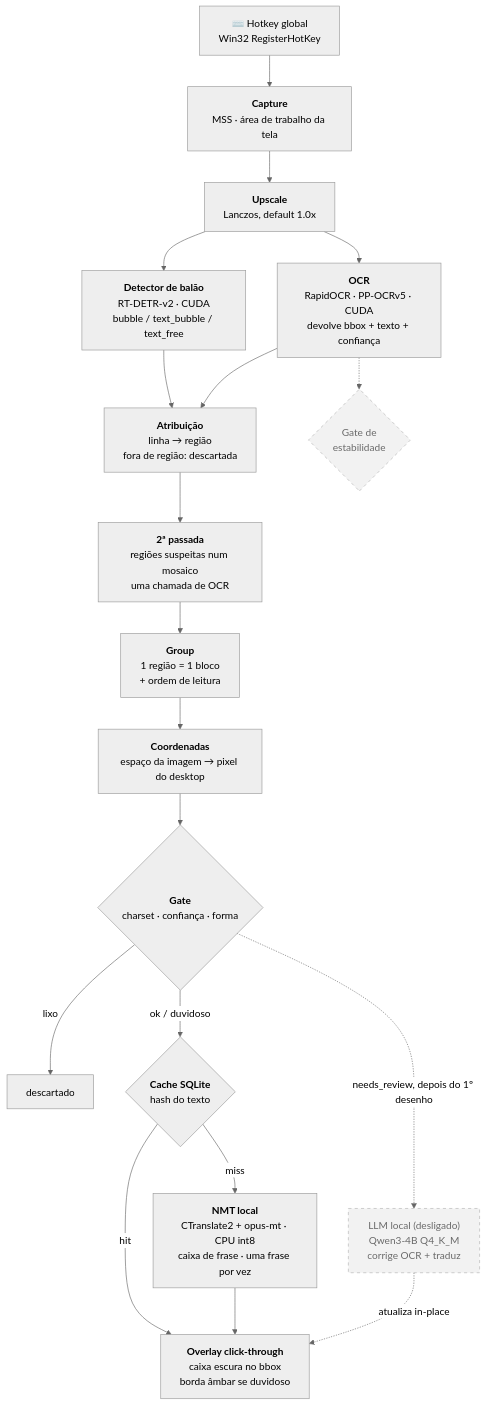
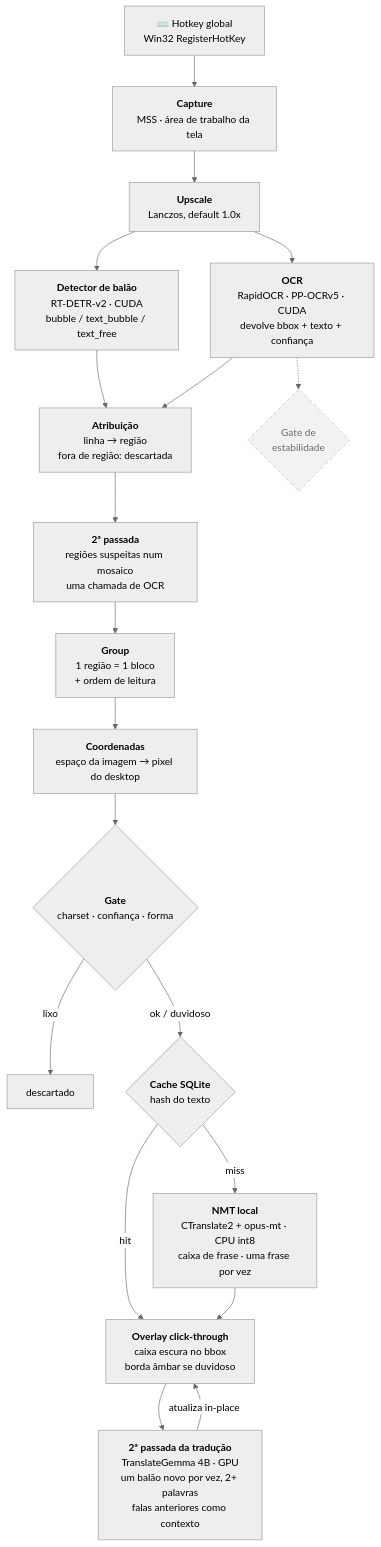
The first of 2 diagrams in README.md (LiloMarino/TranslatorOCR), drawn with Mermaid (neutral theme) before and after one commit. The commit also changed other lines of this file and 21 other files, not shown here.

Commit message:
feat: Adicionada a segunda passada da tradução com TranslateGemma

````diff
--- a/README.md
+++ b/README.md
@@ -125,26 +125,26 @@
 ```mermaid
 flowchart TD
     HK["⌨️ Hotkey global<br/>Win32 RegisterHotKey"] --> CAP["<b>Capture</b><br/>MSS · área de trabalho da tela"]
     CAP --> UP["<b>Upscale</b><br/>Lanczos, default 1.0x"]
     UP --> OCR["<b>OCR</b><br/>RapidOCR · PP-OCRv5 · CUDA<br/>devolve bbox + texto + confiança"]
     UP --> DET["<b>Detector de balão</b><br/>RT-DETR-v2 · CUDA<br/>bubble / text_bubble / text_free"]
     DET --> ASSIGN["<b>Atribuição</b><br/>linha → região<br/>fora de região: descartada"]
     OCR --> ASSIGN
     ASSIGN --> MOSAIC["<b>2ª passada</b><br/>regiões suspeitas num mosaico<br/>uma chamada de OCR"]
     MOSAIC --> GRP["<b>Group</b><br/>1 região = 1 bloco<br/>+ ordem de leitura"]
     GRP --> COORD["<b>Coordenadas</b><br/>espaço da imagem → pixel do desktop"]
     COORD --> GATE{"<b>Gate</b><br/>charset · confiança · forma"}
     GATE -->|"lixo"| DROP["descartado"]
     GATE -->|"ok / duvidoso"| CACHE{"<b>Cache SQLite</b><br/>hash do texto"}
 
     CACHE -->|"hit"| DRAW
     CACHE -->|"miss"| NMT["<b>NMT local</b><br/>CTranslate2 + opus-mt · CPU int8<br/>caixa de frase · uma frase por vez"]
     NMT --> DRAW["<b>Overlay click-through</b><br/>caixa escura no bbox<br/>borda âmbar se duvidoso"]
+    DRAW --> GEMMA["<b>2ª passada da tradução</b><br/>TranslateGemma 4B · GPU<br/>um balão novo por vez, 2+ palavras<br/>falas anteriores como contexto"]
+    GEMMA -->|"atualiza in-place"| DRAW
 
     OCR -.-> STAB{"Gate de<br/>estabilidade"}
-    GATE -.->|"needs_review, depois do 1º desenho"| LLM["LLM local (desligado)<br/>Qwen3-4B Q4_K_M<br/>corrige OCR + traduz"]
-    LLM -.->|"atualiza in-place"| DRAW
 
     classDef planned stroke-dasharray:5 5,opacity:0.75
-    class STAB,LLM planned
+    class STAB planned
 ```
````
